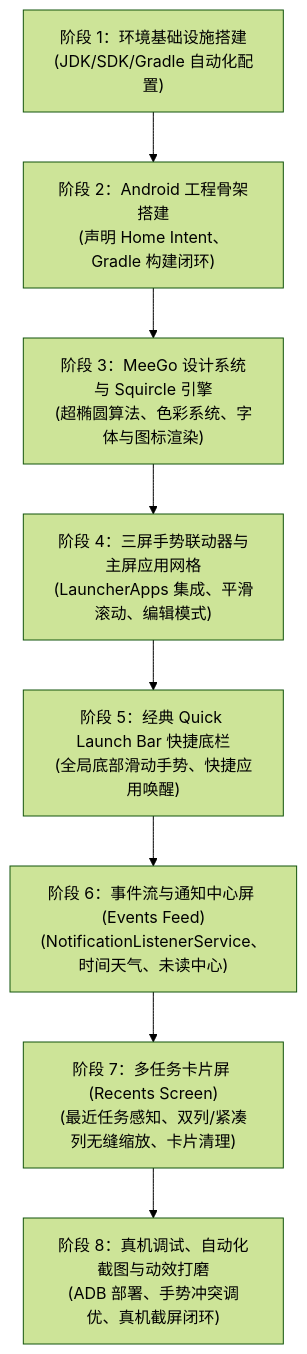
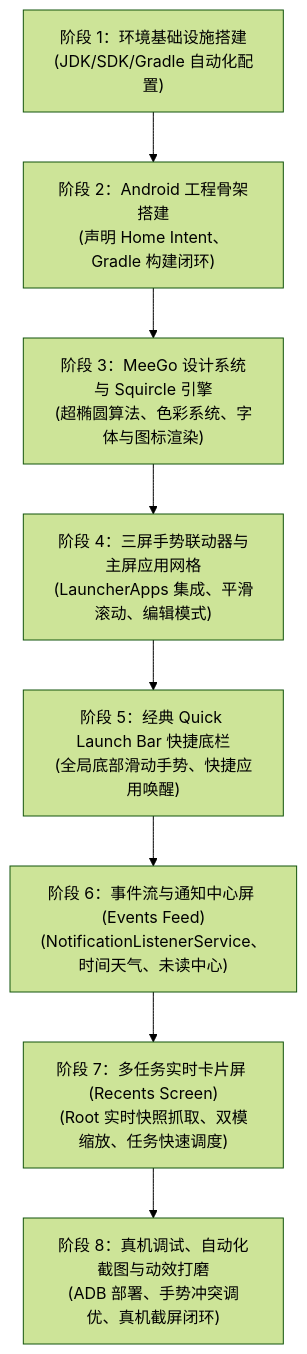
One commit to tinytinycn/meego-launcher changed the diagram in MEEGO_LAUNCHER_TECH_SPEC.md. Above: the diagram before and after it, drawn with Mermaid (forest theme). The commit also changed other lines of this file, not shown here.

Commit message:
docs: upgrade tech spec to v1.2.0 for root-powered live task snapshot preview

````diff
--- a/MEEGO_LAUNCHER_TECH_SPEC.md
+++ b/MEEGO_LAUNCHER_TECH_SPEC.md
@@ -188,10 +219,10 @@
 ```mermaid
 flowchart TD
     M1["阶段 1：环境基础设施搭建\n(JDK/SDK/Gradle 自动化配置)"] --> M2["阶段 2：Android 工程骨架搭建\n(声明 Home Intent、Gradle 构建闭环)"]
     M2 --> M3["阶段 3：MeeGo 设计系统与 Squircle 引擎\n(超椭圆算法、色彩系统、字体与图标渲染)"]
     M3 --> M4["阶段 4：三屏手势联动器与主屏应用网格\n(LauncherApps 集成、平滑滚动、编辑模式)"]
     M4 --> M5["阶段 5：经典 Quick Launch Bar 快捷底栏\n(全局底部滑动手势、快捷应用唤醒)"]
     M5 --> M6["阶段 6：事件流与通知中心屏 (Events Feed)\n(NotificationListenerService、时间天气、未读中心)"]
-    M6 --> M7["阶段 7：多任务卡片屏 (Recents Screen)\n(最近任务感知、双列/紧凑列无缝缩放、卡片清理)"]
+    M6 --> M7["阶段 7：多任务实时卡片屏 (Recents Screen)\n(Root 实时快照抓取、双模缩放、任务快速调度)"]
     M7 --> M8["阶段 8：真机调试、自动化截图与动效打磨\n(ADB 部署、手势冲突调优、真机截屏闭环)"]
 ```
````
